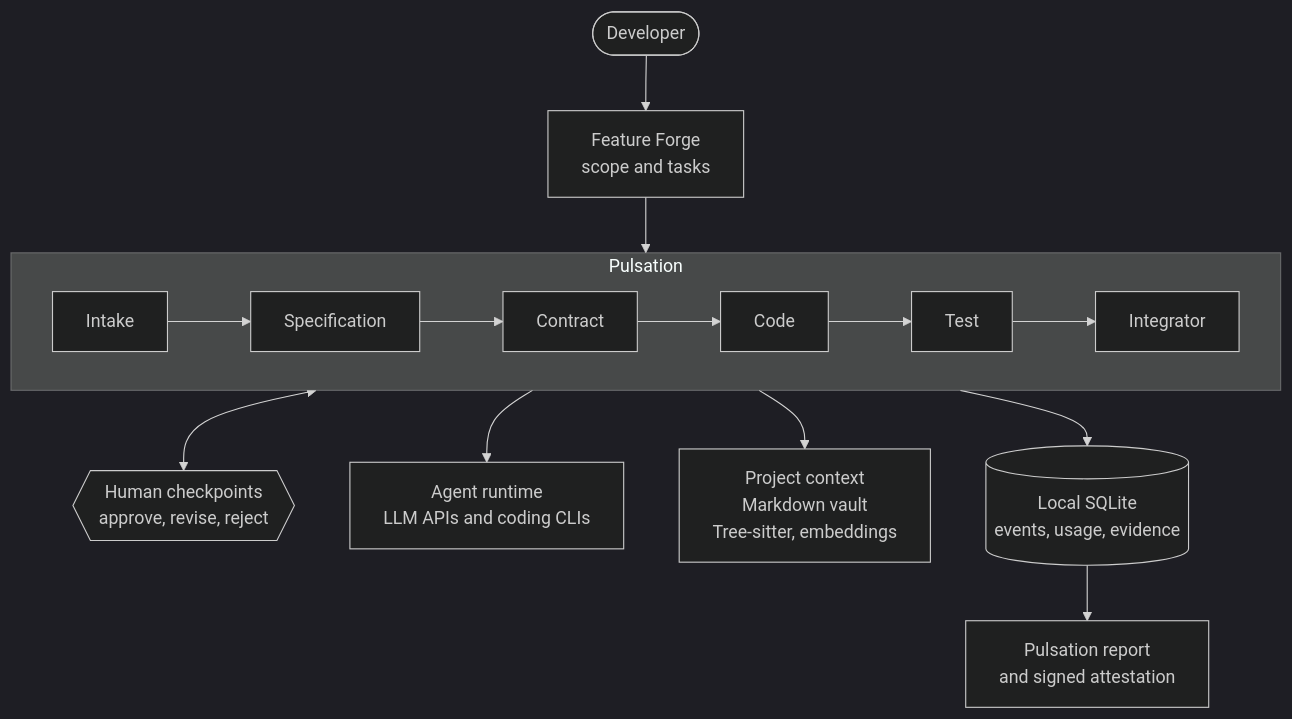
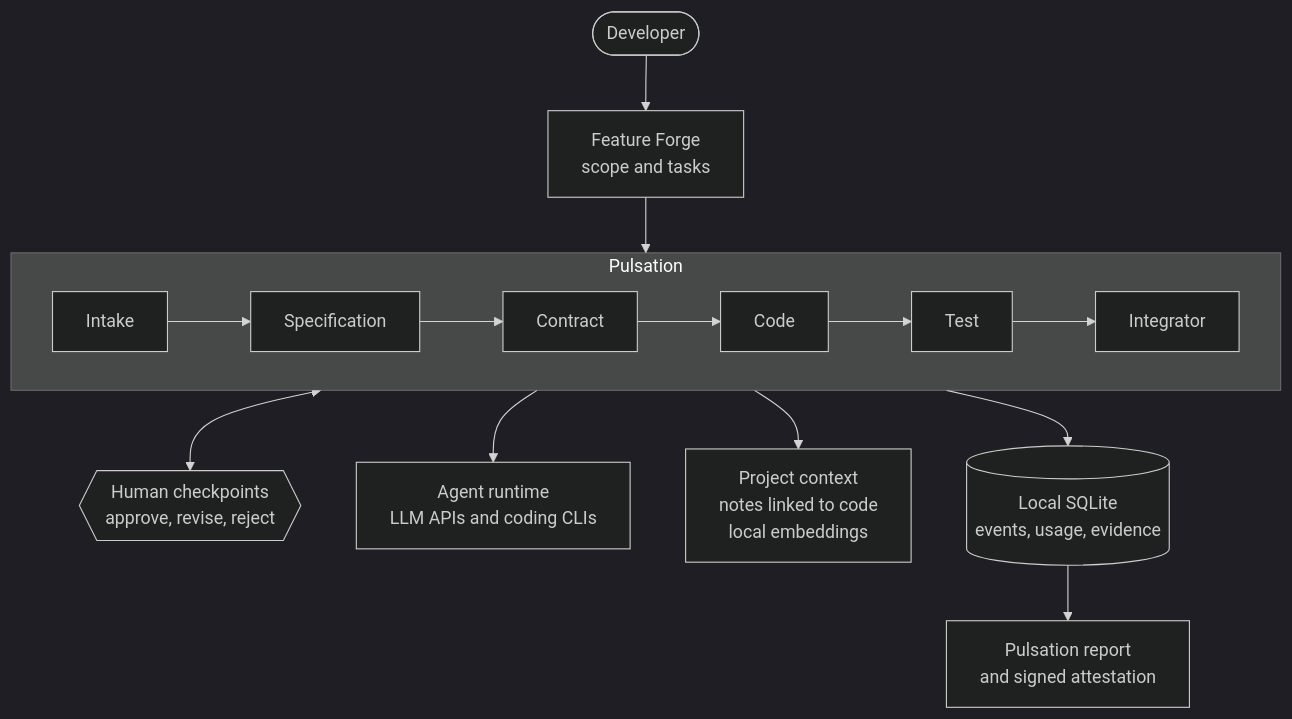
The diagram in README.md (Nathan-dOS/Ikore), drawn with Mermaid (dark theme) before and after one commit. The commit also changed other lines of this file, not shown here.

First line of the commit message:
docs: explain the project's motivation in the README

````diff
--- a/README.md
+++ b/README.md
@@ -36,14 +56,14 @@
 ```mermaid
 flowchart TB
     subgraph P[Pulsation]
       direction LR
       I[Intake] --> S[Specification] --> C[Contract] --> Co[Code] --> T[Test] --> In[Integrator]
     end
     Dev([Developer]) --> Forge["Feature Forge<br/>scope and tasks"]
     Forge --> P
     P <--> H{{"Human checkpoints<br/>approve, revise, reject"}}
     P --> R["Agent runtime<br/>LLM APIs and coding CLIs"]
-    P --> Ctx["Project context<br/>Markdown vault<br/>Tree-sitter, embeddings"]
+    P --> Ctx["Project context<br/>notes linked to code<br/>local embeddings"]
     P --> DB[("Local SQLite<br/>events, usage, evidence")]
     DB --> Rep["Pulsation report<br/>and signed attestation"]
 ```
````
